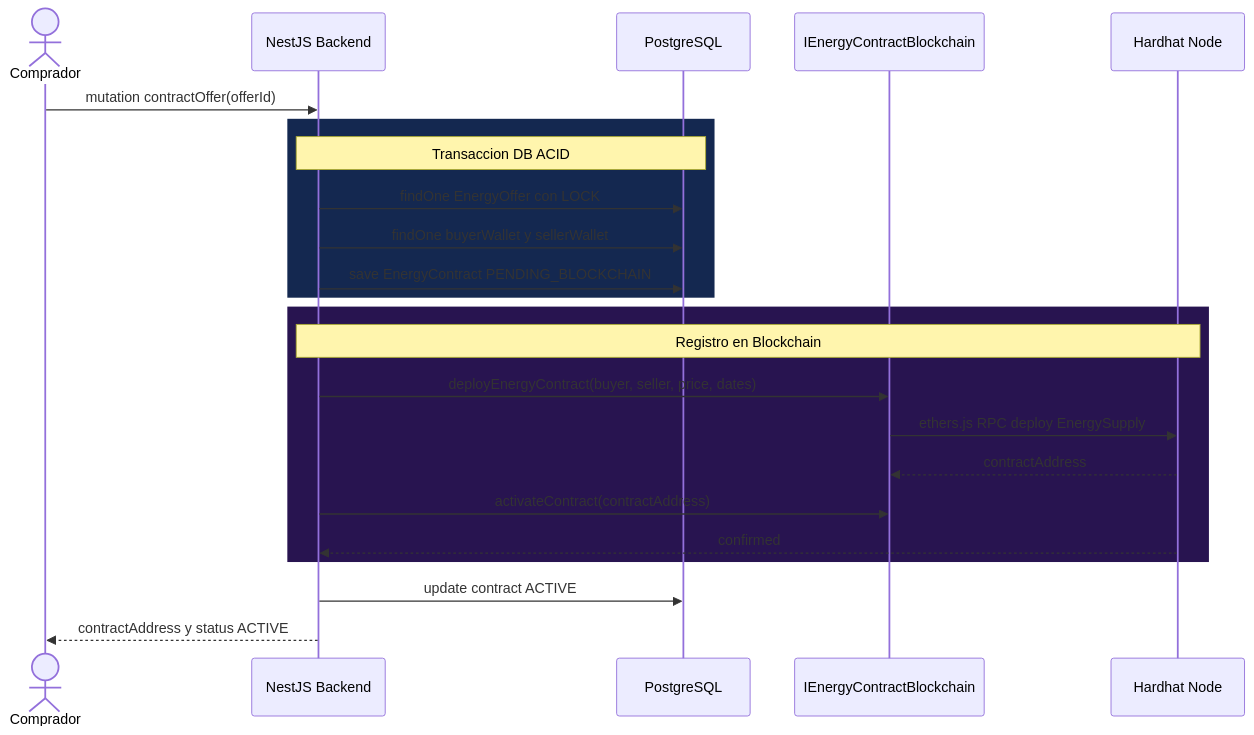
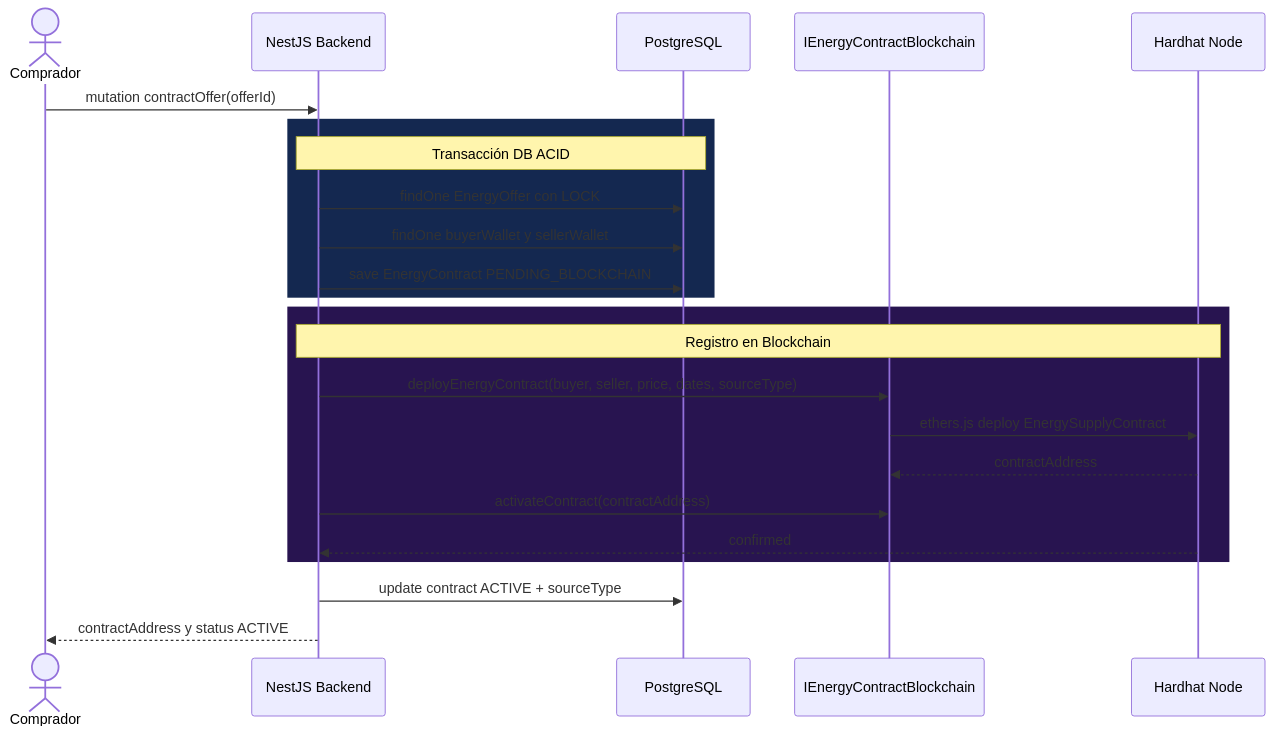
One commit to desideriodr/blockchain-energia changed the third of 3 diagrams in README.md. Above: the diagram before and after it, drawn with Mermaid. The commit also changed other lines of this file and 1 other file, not shown here.

````diff
--- a/README.md
+++ b/README.md
@@ -128,29 +163,29 @@
 ```mermaid
 sequenceDiagram
     actor Comprador
     participant BE as NestJS Backend
     participant DB as PostgreSQL
     participant PORT as IEnergyContractBlockchain
     participant BC as Hardhat Node
 
     Comprador->>BE: mutation contractOffer(offerId)
 
     rect rgb(20, 40, 80)
-        Note over BE,DB: Transaccion DB ACID
+        Note over BE,DB: Transacción DB ACID
         BE->>DB: findOne EnergyOffer con LOCK
         BE->>DB: findOne buyerWallet y sellerWallet
         BE->>DB: save EnergyContract PENDING_BLOCKCHAIN
     end
 
     rect rgb(40, 20, 80)
         Note over BE,BC: Registro en Blockchain
-        BE->>PORT: deployEnergyContract(buyer, seller, price, dates)
-        PORT->>BC: ethers.js RPC deploy EnergySupply
+        BE->>PORT: deployEnergyContract(buyer, seller, price, dates, sourceType)
+        PORT->>BC: ethers.js deploy EnergySupplyContract
         BC-->>PORT: contractAddress
         BE->>PORT: activateContract(contractAddress)
         BC-->>BE: confirmed
     end
 
-    BE->>DB: update contract ACTIVE
+    BE->>DB: update contract ACTIVE + sourceType
     BE-->>Comprador: contractAddress y status ACTIVE
 ```
````
